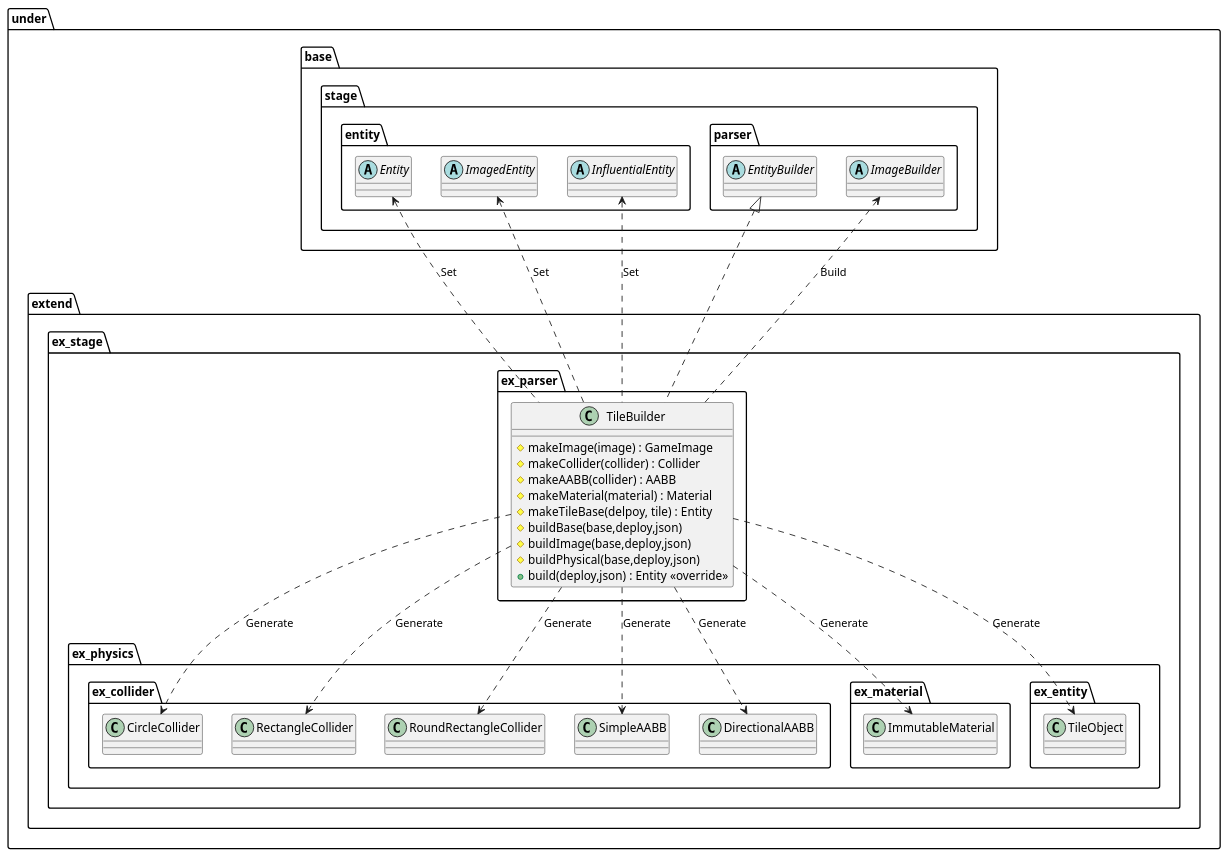
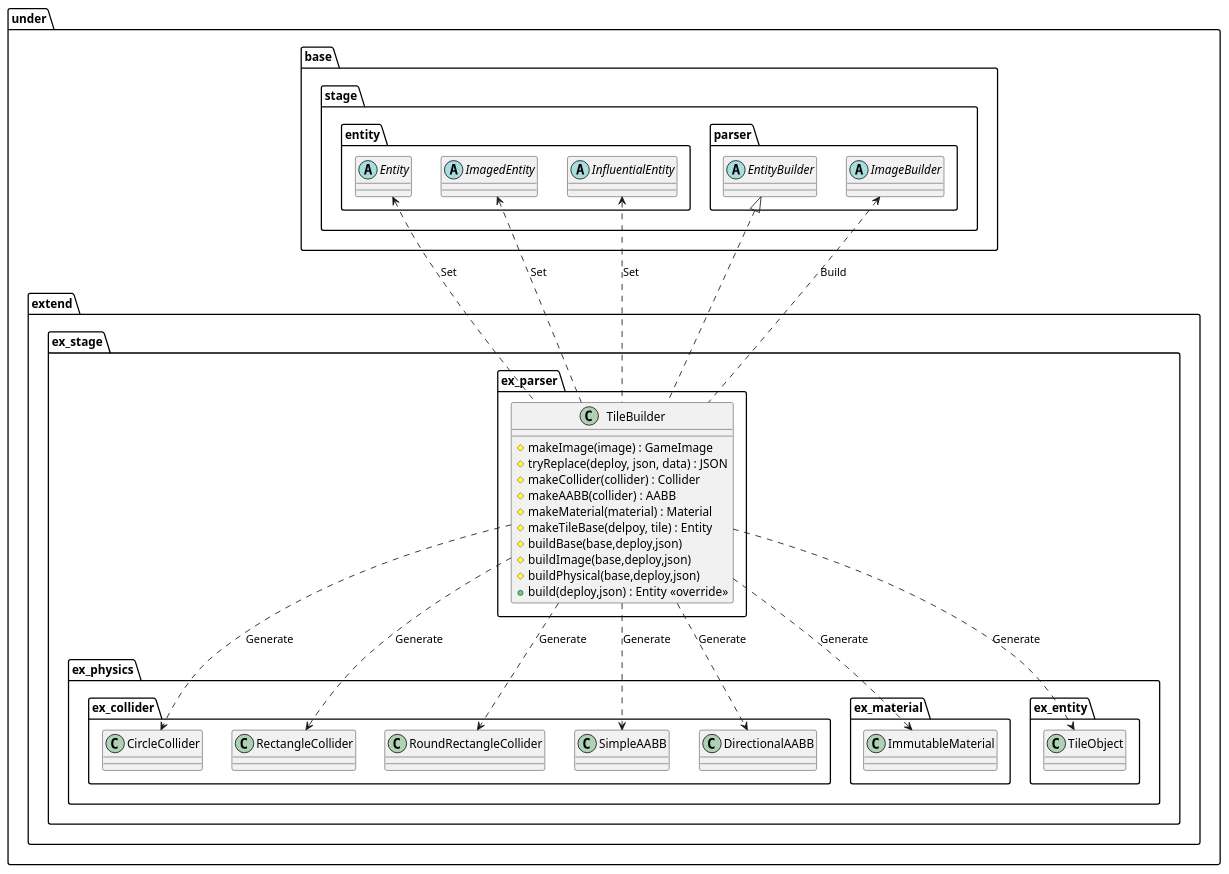
Before and after one commit to Expine/Under: the diagram in uml/parser/Tile.wsd, drawn with PlantUML. The commit also changed 27 other files, not shown here.

```diff
--- a/uml/parser/Tile.wsd
+++ b/uml/parser/Tile.wsd
@@ -1,73 +1,74 @@
 @startuml ParserTile
 
 package under {
     package extend {
         package ex_stage {
             package ex_parser {
                 class TileBuilder {
                     #makeImage(image) : GameImage
+                    #tryReplace(deploy, json, data) : JSON
                     #makeCollider(collider) : Collider
                     #makeAABB(collider) : AABB
                     #makeMaterial(material) : Material
                     #makeTileBase(delpoy, tile) : Entity
                     #buildBase(base,deploy,json)
                     #buildImage(base,deploy,json)
                     #buildPhysical(base,deploy,json)
                     +build(deploy,json) : Entity <<override>>
                 }
             }
         }
     }
 }
 
 package under {
     package base {
         package stage {
             package entity {
                 abstract Entity
                 abstract ImagedEntity
                 abstract InfluentialEntity
             }
             package parser {
                 abstract EntityBuilder
                 abstract ImageBuilder
             }
         }
     }
     package extend {
         package ex_stage {
             package ex_physics {
                 package ex_collider {
                     class CircleCollider
                     class RectangleCollider
                     class RoundRectangleCollider
                     class SimpleAABB
                     class DirectionalAABB
                 }
                 package ex_material {
                     class ImmutableMaterial
                 }
                 package ex_entity {
                     class TileObject
                 }
             }
         }
 
     }
 }
 
 TileBuilder ..> RectangleCollider : Generate
 TileBuilder ..> CircleCollider : Generate
 TileBuilder ..> RoundRectangleCollider : Generate
 TileBuilder ..> SimpleAABB : Generate
 TileBuilder ..> DirectionalAABB : Generate
 TileBuilder ..> ImmutableMaterial : Generate
 TileBuilder ..> TileObject : Generate
 Entity <.. TileBuilder : Set
 ImagedEntity <.. TileBuilder : Set
 InfluentialEntity <.. TileBuilder : Set
 ImageBuilder <.. TileBuilder : Build
 
 EntityBuilder <|.. TileBuilder
 
 @enduml
```
